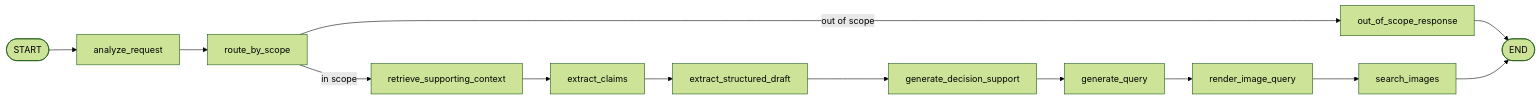
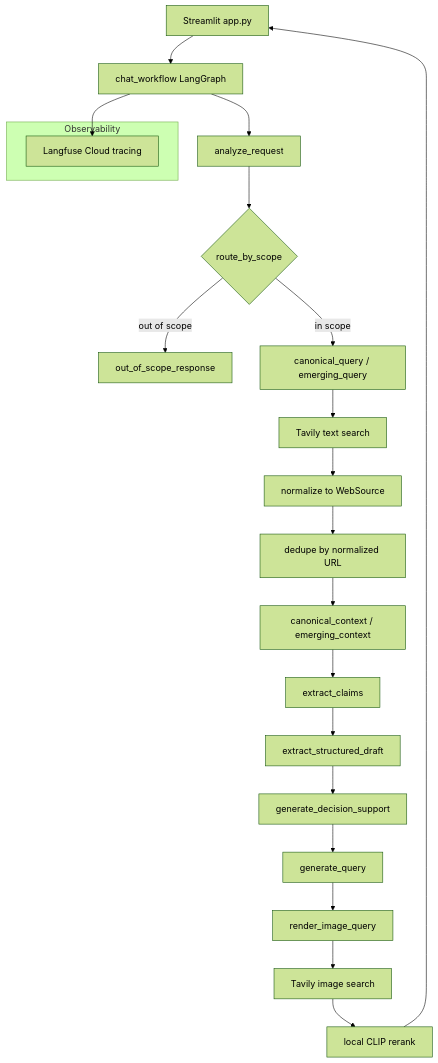
One commit to mofuteq/trend-to-rule changed the diagram in README.md. Above: the diagram before and after it, drawn with Mermaid (forest theme). The commit also changed other lines of this file and 17 other files, not shown here.

Commit message:
Replace vector retrieval with Tavily web evidence

````diff
--- a/README.md
+++ b/README.md
@@ -162,15 +79,25 @@
 ```mermaid
-flowchart LR
-    S([START]) --> AR[analyze_request]
-    AR --> R[route_by_scope]
+flowchart TD
+    E[Streamlit app.py] --> W[chat_workflow LangGraph]
+    W --> A[analyze_request]
+    A --> R{route_by_scope}
     R -->|out of scope| OOS[out_of_scope_response]
-    OOS --> E([END])
-    R -->|in scope| RSC[retrieve_supporting_context]
-    RSC --> EC[extract_claims]
+    R -->|in scope| Q[canonical_query / emerging_query]
+    Q --> T[Tavily text search]
+    T --> S[normalize to WebSource]
+    S --> D[dedupe by normalized URL]
+    D --> C[canonical_context / emerging_context]
+    C --> EC[extract_claims]
     EC --> ESD[extract_structured_draft]
     ESD --> GDS[generate_decision_support]
     GDS --> GQ[generate_query]
     GQ --> RIQ[render_image_query]
-    RIQ --> SI[search_images]
-    SI --> E
+    RIQ --> SI[Tavily image search]
+    SI --> CLIP[local CLIP rerank]
+    CLIP --> E
+
+    subgraph Observability
+      LF[Langfuse Cloud tracing]
+    end
+    W --> LF
 ```
````
